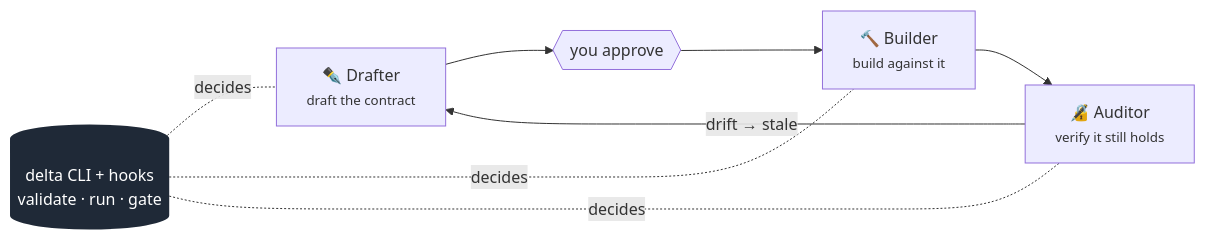
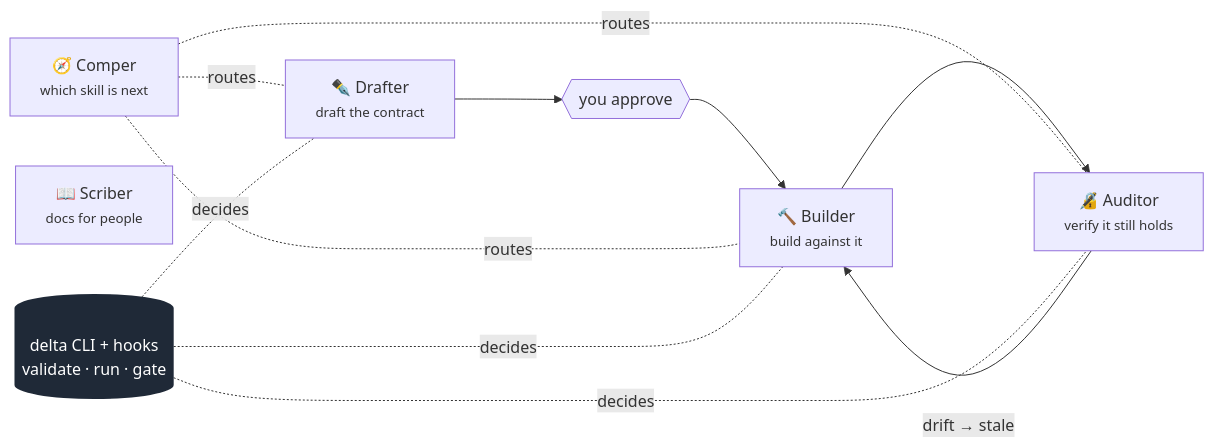
One commit to ronz204/deltas-ai changed the diagram in README.md. Above: the diagram before and after it, drawn with Mermaid. The commit also changed other lines of this file and 3 other files, not shown here.

````diff
--- a/README.md
+++ b/README.md
@@ -48,16 +51,21 @@
 ```mermaid
 flowchart LR
-    Q["✒️ Drafter<br/><small>draft the contract</small>"]
+    C["🧭 Comper<br/><small>which skill is next</small>"]
+    D["✒️ Drafter<br/><small>draft the contract</small>"]
     A{{"you approve"}}
-    F["🔨 Builder<br/><small>build against it</small>"]
-    S["🔏 Auditor<br/><small>verify it still holds</small>"]
+    B["🔨 Builder<br/><small>build against it</small>"]
+    U["🔏 Auditor<br/><small>verify it still holds</small>"]
+    S["📖 Scriber<br/><small>docs for people</small>"]
     CLI[("delta CLI + hooks<br/>validate · run · gate")]
 
-    Q --> A --> F --> S
-    S -- "drift → stale" --> Q
-    CLI -. "decides" .- Q
-    CLI -. "decides" .- F
-    CLI -. "decides" .- S
+    D --> A --> B --> U
+    U -- "drift → stale" --> B
+    C -. "routes" .- D
+    C -. "routes" .- B
+    C -. "routes" .- U
+    CLI -. "decides" .- D
+    CLI -. "decides" .- B
+    CLI -. "decides" .- U
 
     style CLI fill:#1f2937,color:#fff,stroke:none
 ```
````
